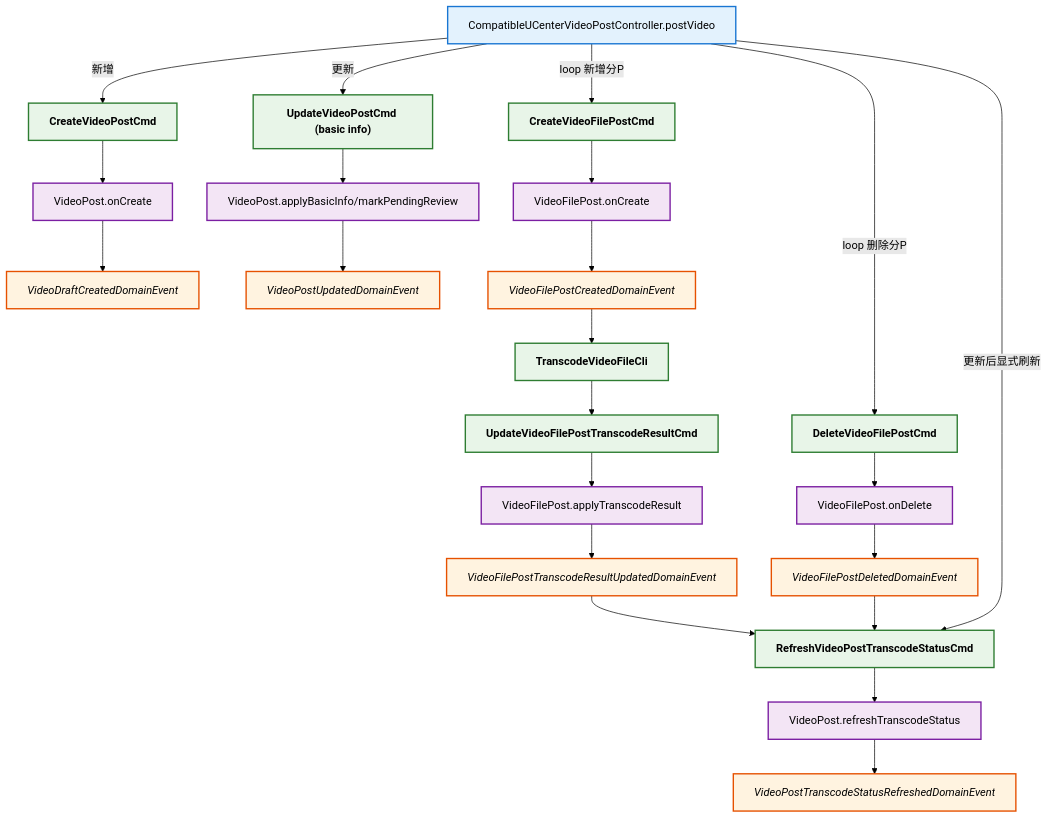
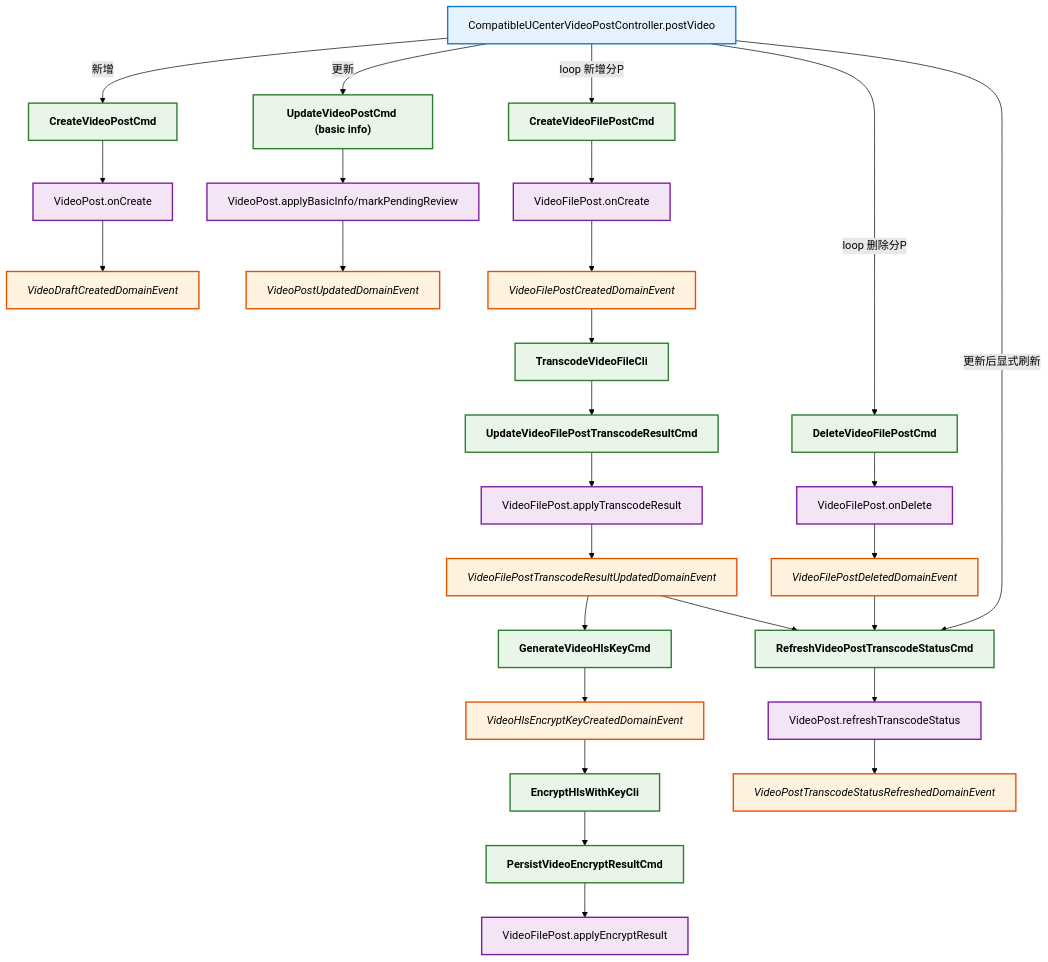
One commit to LDmoxeii/only-danmuku changed the diagram in design/analysis/CompatibleUCenterVideoPostController_postVideo.mmd. Above: the diagram before and after it, drawn with Mermaid (forest theme).

Commit message:
feat(video): 新增视频 HLS 加密流程

```diff
--- a/design/analysis/CompatibleUCenterVideoPostController_postVideo.mmd
+++ b/design/analysis/CompatibleUCenterVideoPostController_postVideo.mmd
@@ -1,79 +1,94 @@
 flowchart TB
 
     N1["CompatibleUCenterVideoPostController.postVideo"]
     class N1 controllermethod;
 
     %% 创建稿件（新增路径）
     C1["CreateVideoPostCmd"]
     class C1 command;
     A1["VideoPost.onCreate"]
     class A1 entitymethod;
     E1["VideoDraftCreatedDomainEvent"]
     class E1 domainevent;
 
     %% 更新基础信息（更新路径）
     C2["UpdateVideoPostCmd (basic info)"]
     class C2 command;
     A2a["VideoPost.applyBasicInfo/markPendingReview"]
     class A2a entitymethod;
     E2["VideoPostUpdatedDomainEvent"]
     class E2 domainevent;
 
     %% 分P创建
     C3["CreateVideoFilePostCmd"]
     class C3 command;
     A3["VideoFilePost.onCreate"]
     class A3 entitymethod;
     E3["VideoFilePostCreatedDomainEvent"]
     class E3 domainevent;
 
     %% 分P删除
     C4["DeleteVideoFilePostCmd"]
     class C4 command;
     A4["VideoFilePost.onDelete"]
     class A4 entitymethod;
     E4["VideoFilePostDeletedDomainEvent"]
     class E4 domainevent;
 
     %% 分P转码
     CLI["TranscodeVideoFileCli"]
     class CLI command;
     C5["UpdateVideoFilePostTranscodeResultCmd"]
     class C5 command;
     A5["VideoFilePost.applyTranscodeResult"]
     class A5 entitymethod;
     E5["VideoFilePostTranscodeResultUpdatedDomainEvent"]
     class E5 domainevent;
 
+    %% 加密密钥生成与加密编排
+    C7["GenerateVideoHlsKeyCmd"]
+    class C7 command;
+    E7["VideoHlsEncryptKeyCreatedDomainEvent"]
+    class E7 domainevent;
+    CLI2["EncryptHlsWithKeyCli"]
+    class CLI2 command;
+    C8["PersistVideoEncryptResultCmd"]
+    class C8 command;
+    A7["VideoFilePost.applyEncryptResult"]
+    class A7 entitymethod;
+
     %% 汇总稿件状态
     C6["RefreshVideoPostTranscodeStatusCmd"]
     class C6 command;
     A6["VideoPost.refreshTranscodeStatus"]
     class A6 entitymethod;
     E6["VideoPostTranscodeStatusRefreshedDomainEvent"]
     class E6 domainevent;
 
     %% Relationships
     N1 -->|新增| C1 --> A1 --> E1
     N1 -->|更新| C2 --> A2a --> E2
 
     %% 分P新增（直接由请求触发）
     N1 -->|loop 新增分P| C3
     C3 --> A3 --> E3
     E3 --> CLI --> C5 --> A5 --> E5
 
     %% 分P删除（更新场景）
     N1 -->|loop 删除分P| C4 --> A4 --> E4
 
     %% 汇总刷新：结果更新或删除事件后触发
     E5 --> C6
     E4 --> C6
     N1 -->|更新后显式刷新| C6
     C6 --> A6 --> E6
 
+    %% 转码成功后触发加密
+    E5 --> C7 --> E7 --> CLI2 --> C8 --> A7
+
     %% Styles
     classDef controller fill:#e3f2fd,stroke:#1565c0,stroke-width:2px,font-weight:bold;
     classDef controllermethod fill:#e3f2fd,stroke:#1976d2,stroke-width:2px;
     classDef command fill:#e8f5e8,stroke:#2e7d32,stroke-width:2px,font-weight:bold;
     classDef entitymethod fill:#f3e5f5,stroke:#7b1fa2,stroke-width:2px;
     classDef domainevent fill:#fff3e0,stroke:#e65100,stroke-width:2px,font-style:italic;
```
